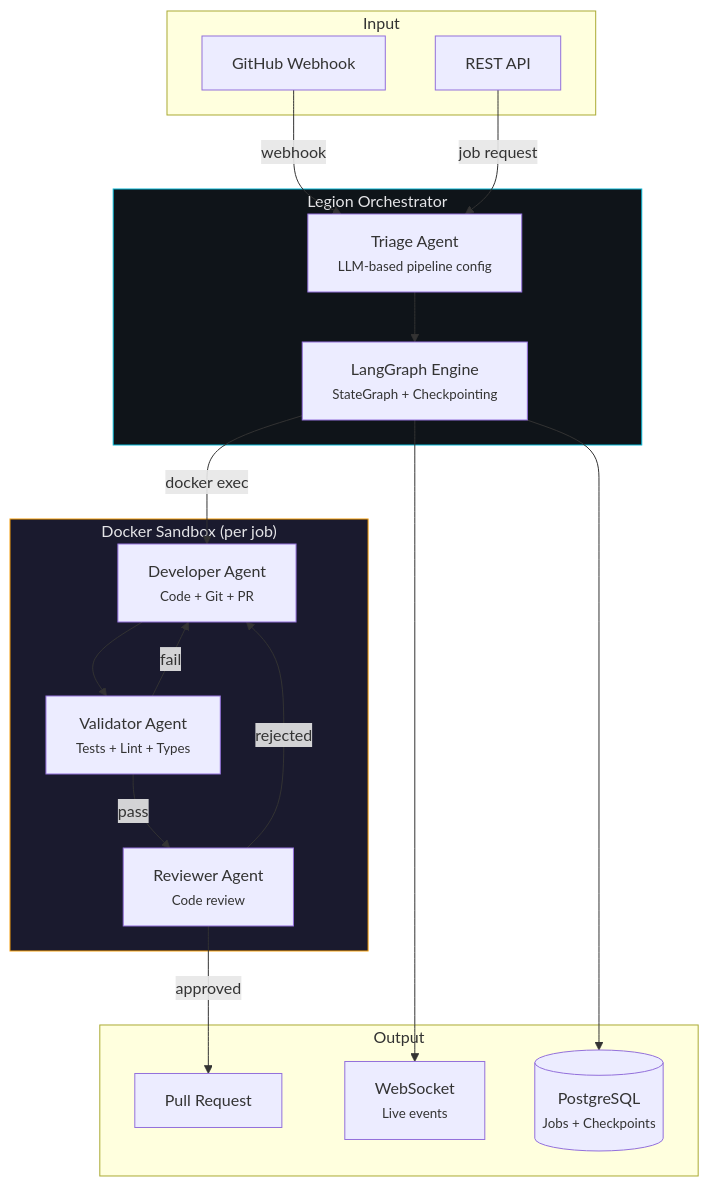
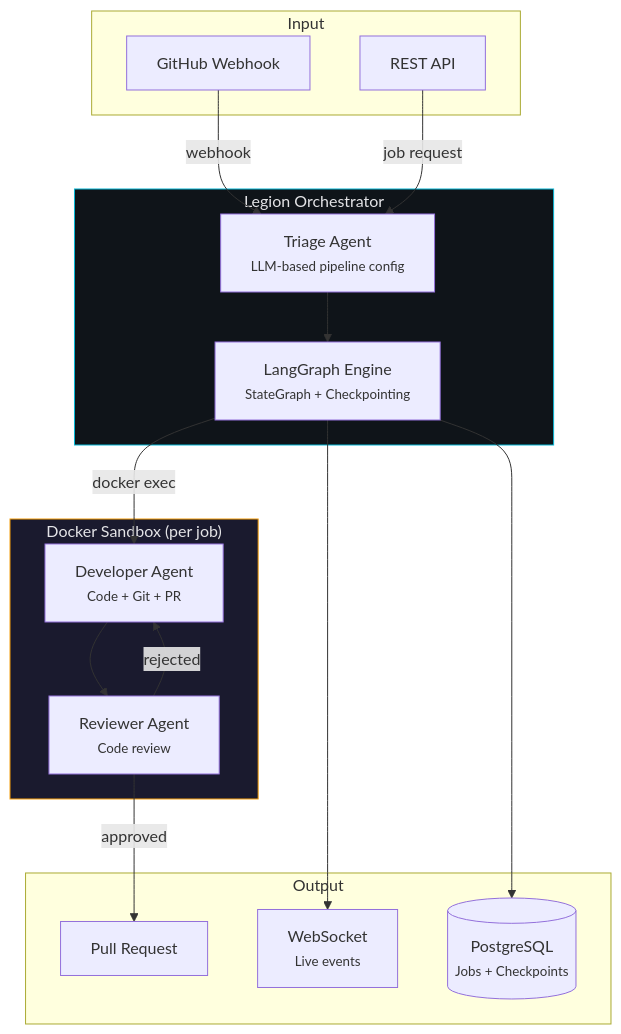
The first of 3 diagrams in README.md (sudoTomas/embry0), drawn with Mermaid before and after one commit. The commit also changed other lines of this file and 2 other files, not shown here.

Commit message:
docs: update CLAUDE.md, README, architecture to reflect current pipeline (no validator, 34 safety patterns, rich events)

````diff
--- a/README.md
+++ b/README.md
@@ -24,39 +24,36 @@
 ```mermaid
 graph TB
     subgraph Input
         GH["GitHub Webhook"]
         API["REST API"]
     end
 
     subgraph Legion["Legion Orchestrator"]
         TR["Triage Agent<br/><small>LLM-based pipeline config</small>"]
         LG["LangGraph Engine<br/><small>StateGraph + Checkpointing</small>"]
     end
 
     subgraph Sandbox["Docker Sandbox (per job)"]
         DEV["Developer Agent<br/><small>Code + Git + PR</small>"]
-        VAL["Validator Agent<br/><small>Tests + Lint + Types</small>"]
         REV["Reviewer Agent<br/><small>Code review</small>"]
     end
 
     subgraph Output
         PR["Pull Request"]
         WS["WebSocket<br/><small>Live events</small>"]
         DB[("PostgreSQL<br/><small>Jobs + Checkpoints</small>")]
     end
 
     GH -->|webhook| TR
     API -->|job request| TR
     TR --> LG
     LG -->|docker exec| DEV
-    DEV --> VAL
-    VAL -->|fail| DEV
-    VAL -->|pass| REV
+    DEV --> REV
     REV -->|rejected| DEV
     REV -->|approved| PR
     LG --> WS
     LG --> DB
 
     style Legion fill:#0f1419,stroke:#06b6d4,color:#e4e4e7
     style Sandbox fill:#1a1a2e,stroke:#f59e0b,color:#e4e4e7
 ```
````
